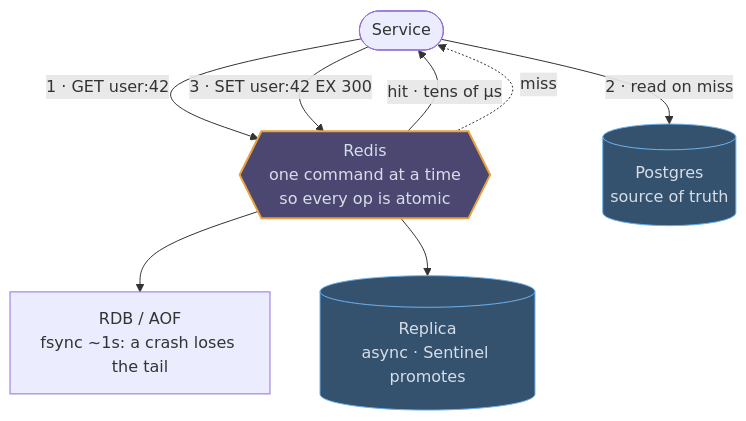
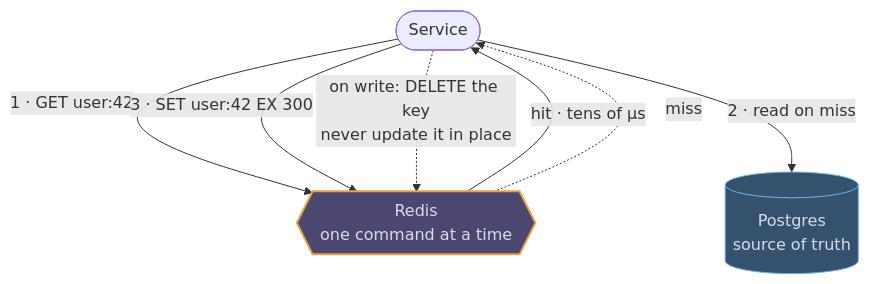
One commit to mertkahyaoglu/atlas changed the first of 3 diagrams in content/tech/02-redis.md. Above: the diagram before and after it, drawn with Mermaid. The commit also changed other lines of this file and 18 other files, not shown here.

First line of the commit message:
Rebuild the technology pages as use cases with diagrams

````diff
--- a/content/tech/02-redis.md
+++ b/content/tech/02-redis.md
@@ -100,17 +43,16 @@
 ```mermaid
 flowchart TB
-    App([Service]) -- "1 · GET user:42" --> R{{"Redis<br/>one command at a time<br/>so every op is atomic"}}
+    App([Service]) -- "1 · GET user:42" --> R{{"Redis<br/>one command at a time"}}
     R -- "hit · tens of µs" --> App
     R -. "miss" .-> App
     App -- "2 · read on miss" --> DB[("Postgres<br/>source of truth")]
     App -- "3 · SET user:42 EX 300" --> R
-    R --> AOF["RDB / AOF<br/>fsync ~1s: a crash loses the tail"]
-    R --> Replica[("Replica<br/>async · Sentinel promotes")]
+    App -. "on write: DELETE the key<br/>never update it in place" .-> R
 
     classDef db fill:#34526e,stroke:#6cb2ee,color:#d7dee8
     classDef cache fill:#4b4771,stroke:#ad94f7,color:#d7dee8
     classDef hot stroke:#e8a33d,stroke-width:2px
-    class DB,Replica db
+    class DB db
     class R cache
     class R hot
 ```
````
